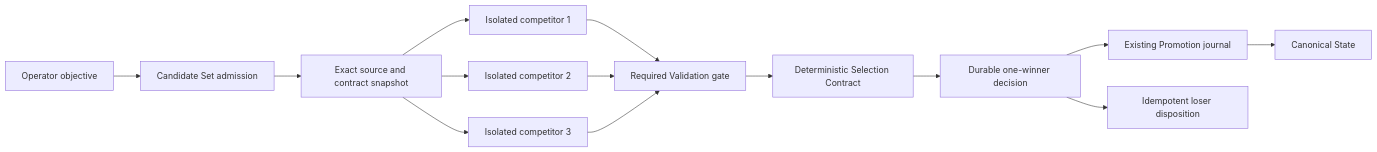
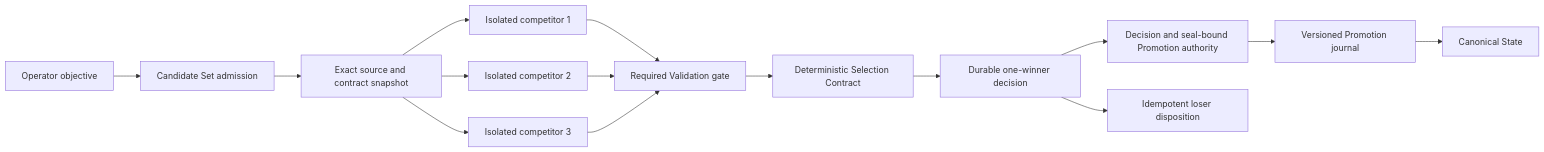
Before and after one commit to Kk120306/agent-airlock: the diagram in docs/architecture/competing-futures.md, drawn with Mermaid. The commit also changed other lines of this file and 42 other files, not shown here.

````diff
--- a/docs/architecture/competing-futures.md
+++ b/docs/architecture/competing-futures.md
@@ -12,16 +12,17 @@
 ```mermaid
 flowchart LR
     O[Operator objective] --> A[Candidate Set admission]
     A --> S[Exact source and contract snapshot]
     S --> C1[Isolated competitor 1]
     S --> C2[Isolated competitor 2]
     S --> C3[Isolated competitor 3]
     C1 --> V[Required Validation gate]
     C2 --> V
     C3 --> V
     V --> R[Deterministic Selection Contract]
     R --> J[Durable one-winner decision]
-    J --> P[Existing Promotion journal]
+    J --> B[Decision and seal-bound Promotion authority]
+    B --> P[Versioned Promotion journal]
     P --> K[Canonical State]
     J --> L[Idempotent loser disposition]
 ```
````
